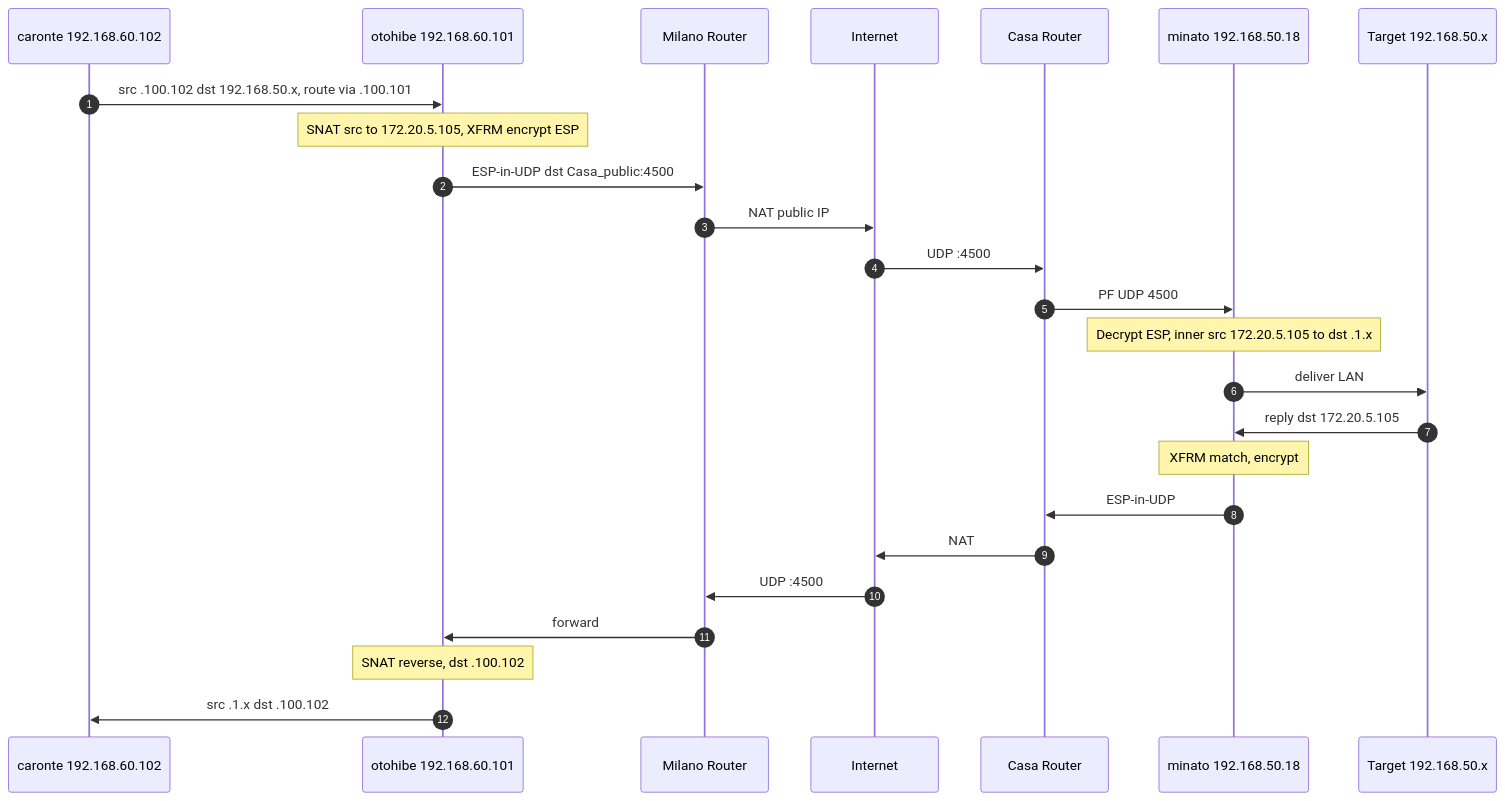
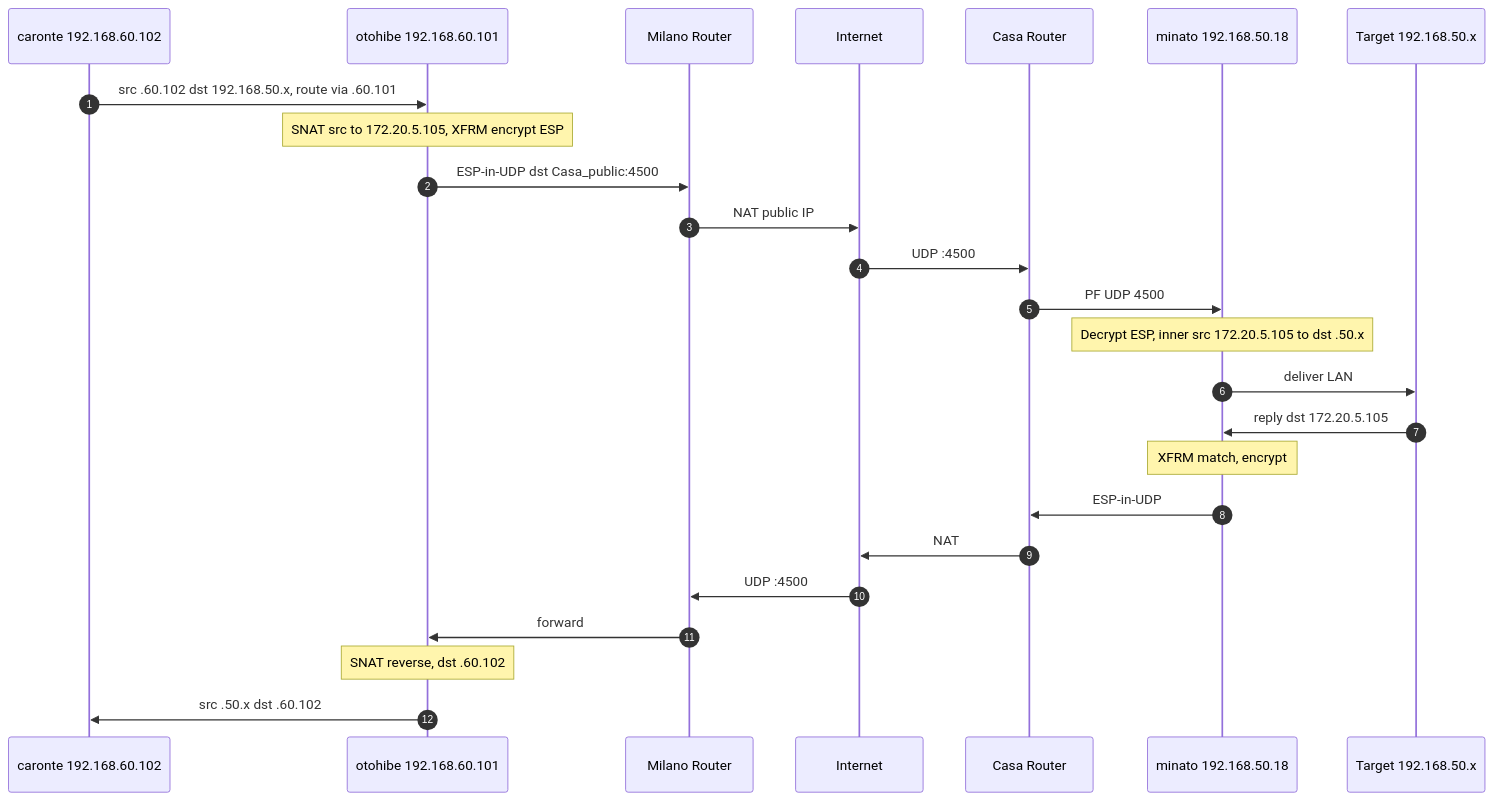
The seventh of 7 diagrams in content/infra-flow.md (lorenzogirardi/website), drawn with Mermaid before and after one commit. The commit also changed other lines of this file, not shown here.

First line of the commit message:
infra-flow: align with infrastructure-settings repo

```diff
--- a/content/infra-flow.md
+++ b/content/infra-flow.md
@@ -407,28 +407,28 @@
 {{< mermaid >}}
 sequenceDiagram
     autonumber
     participant C as caronte 192.168.60.102
     participant O as otohibe 192.168.60.101
     participant R1 as Milano Router
     participant NET as Internet
     participant R2 as Casa Router
     participant M as minato 192.168.50.18
     participant T as Target 192.168.50.x
 
-    C->>O: src .100.102 dst 192.168.50.x, route via .100.101
+    C->>O: src .60.102 dst 192.168.50.x, route via .60.101
     Note over O: SNAT src to 172.20.5.105, XFRM encrypt ESP
     O->>R1: ESP-in-UDP dst Casa_public:4500
     R1->>NET: NAT public IP
     NET->>R2: UDP :4500
     R2->>M: PF UDP 4500
-    Note over M: Decrypt ESP, inner src 172.20.5.105 to dst .1.x
+    Note over M: Decrypt ESP, inner src 172.20.5.105 to dst .50.x
     M->>T: deliver LAN
     T->>M: reply dst 172.20.5.105
     Note over M: XFRM match, encrypt
     M->>R2: ESP-in-UDP
     R2->>NET: NAT
     NET->>R1: UDP :4500
     R1->>O: forward
-    Note over O: SNAT reverse, dst .100.102
-    O->>C: src .1.x dst .100.102
+    Note over O: SNAT reverse, dst .60.102
+    O->>C: src .50.x dst .60.102
 {{< /mermaid >}}
```
